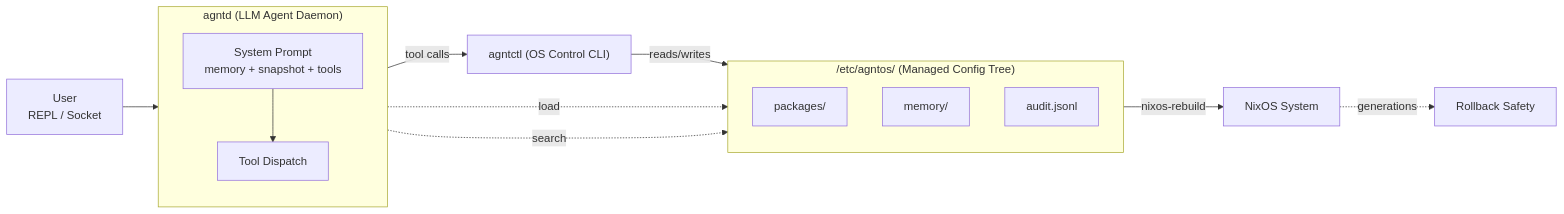
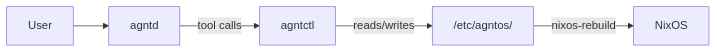
One commit to HasNate618/AgntOS changed the diagram in README.md. Above: the diagram before and after it, drawn with Mermaid. The commit also changed other lines of this file, not shown here.

````diff
--- a/README.md
+++ b/README.md
@@ -97,24 +108,7 @@
 ```mermaid
 flowchart LR
-    User["User<br/>REPL / Socket"] --> agntd
-
-    subgraph agntd["agntd (LLM Agent Daemon)"]
-        direction TB
-        Prompt["System Prompt<br/>memory + snapshot + tools"] --> Dispatch["Tool Dispatch"]
-    end
-
-    agntd -->|tool calls| agntctl["agntctl (OS Control CLI)"]
+    User["User"] --> agntd
+    agntd -->|tool calls| agntctl["agntctl"]
     agntctl -->|reads/writes| etc["/etc/agntos/"]
-
-    subgraph etc["/etc/agntos/ (Managed Config Tree)"]
-        direction TB
-        Pkg["packages/"]
-        Mem["memory/"]
-        Audit["audit.jsonl"]
-    end
-
-    etc -->|nixos-rebuild| NixOS["NixOS System"]
-    agntd -.->|load| Mem
-    agntd -.->|search| Audit
-    NixOS -.->|generations| Rollback["Rollback Safety"]
+    etc -->|nixos-rebuild| NixOS["NixOS"]
 ```
````
